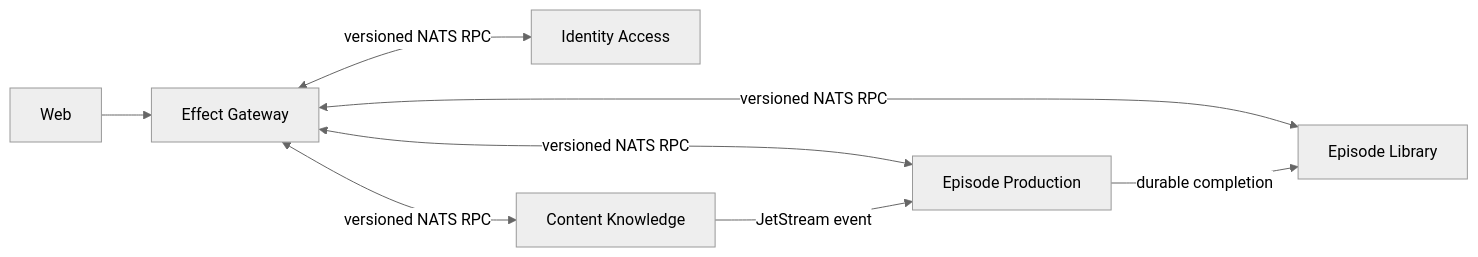
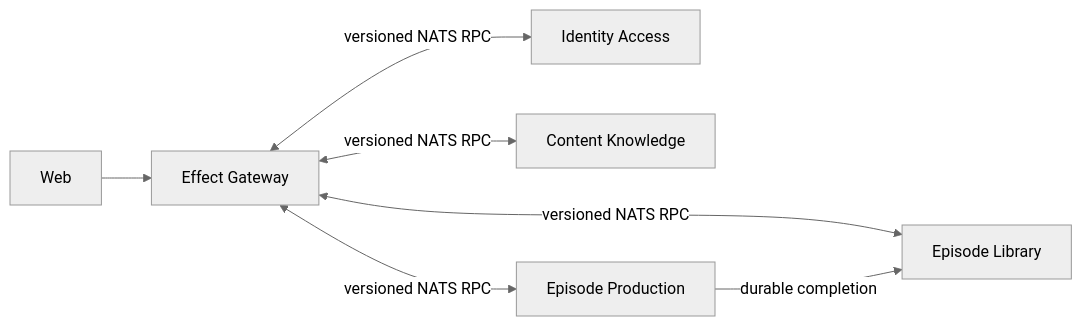
The first of 3 diagrams in docs/functional-ddd-migration.md (r4ai/news-podcast), drawn with Mermaid (neutral theme) before and after one commit. The commit also changed other lines of this file and 135 other files, not shown here.

````diff
--- a/docs/functional-ddd-migration.md
+++ b/docs/functional-ddd-migration.md
@@ -11,10 +11,9 @@
 ```mermaid
 flowchart LR
   Web["Web"] --> Gateway["Effect Gateway"]
   Gateway <-->|"versioned NATS RPC"| Identity["Identity Access"]
   Gateway <-->|"versioned NATS RPC"| Content["Content Knowledge"]
   Gateway <-->|"versioned NATS RPC"| Production["Episode Production"]
   Gateway <-->|"versioned NATS RPC"| Library["Episode Library"]
-  Content -->|"JetStream event"| Production
   Production -->|"durable completion"| Library
 ```
````
